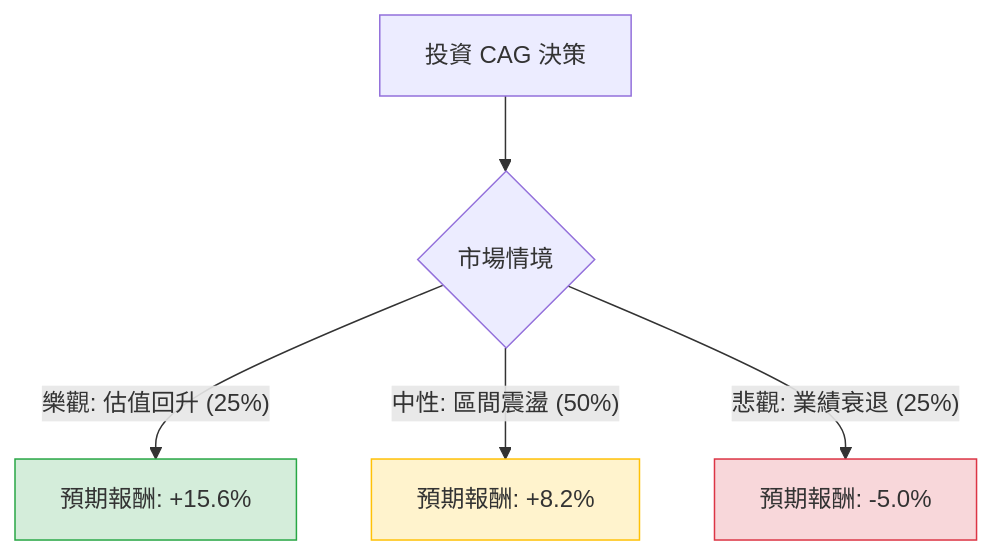
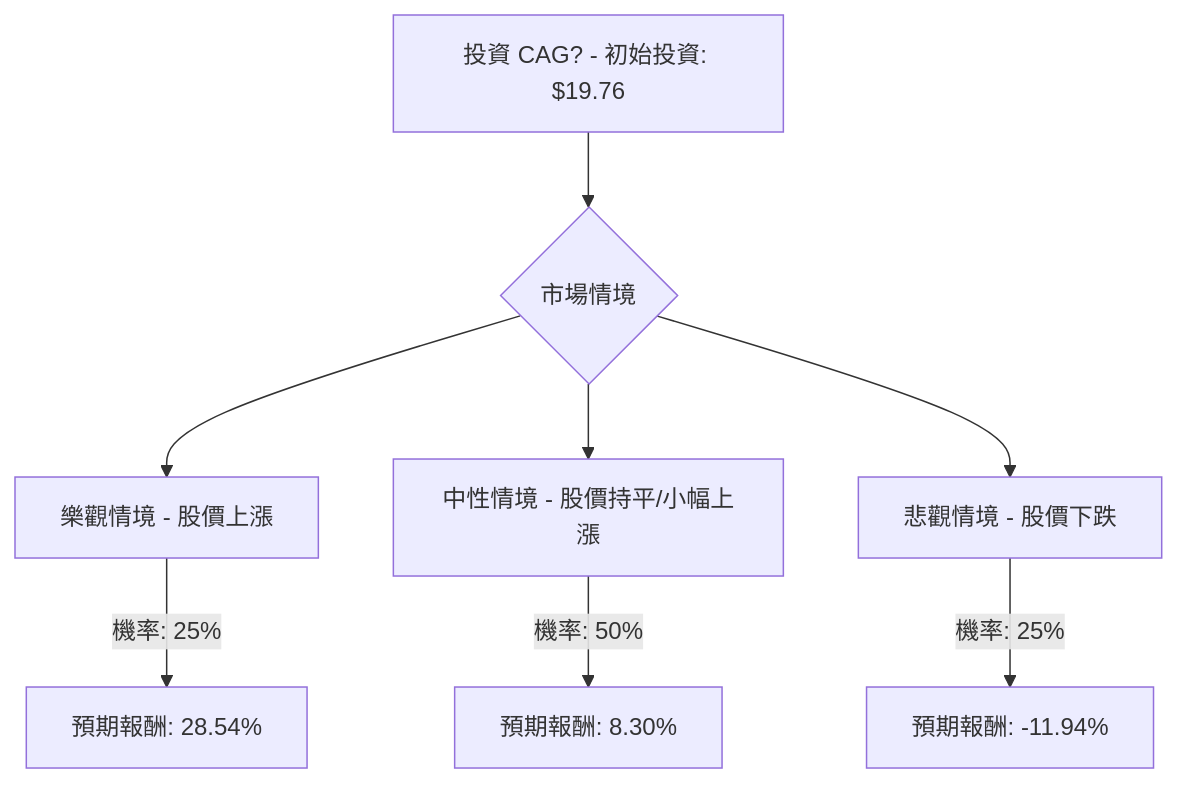
One commit to zmcx16/zmcx16.github.io changed the diagram in plugin-react/ai-analysis/ev-analysis/CAG.md. Above: the diagram before and after it, drawn with Mermaid. The commit also changed other lines of this file and 78 other files, not shown here.

````diff
--- a/plugin-react/ai-analysis/ev-analysis/CAG.md
+++ b/plugin-react/ai-analysis/ev-analysis/CAG.md
@@ -22,12 +19,10 @@
 ```mermaid
 graph TD
-    A[投資 CAG 決策] --> B{市場情境}
-    
-    B -- 樂觀: 估值回升 (25%) --> C[預期報酬: +15.6%]
-    B -- 中性: 區間震盪 (50%) --> D[預期報酬: +8.2%]
-    B -- 悲觀: 業績衰退 (25%) --> E[預期報酬: -5.0%]
-
-    style C fill:#d4edda,stroke:#28a745
-    style D fill:#fff3cd,stroke:#ffc107
-    style E fill:#f8d7da,stroke:#dc3545
+    A[投資 CAG? - 初始投資: $19.76] --> B{市場情境}
+    B --> C[樂觀情境 - 股價上漲]
+    C -- 機率: 25% --> C1[預期報酬: 28.54%]
+    B --> D[中性情境 - 股價持平/小幅上漲]
+    D -- 機率: 50% --> D1[預期報酬: 8.30%]
+    B --> E[悲觀情境 - 股價下跌]
+    E -- 機率: 25% --> E1[預期報酬: -11.94%]
 ```
````
